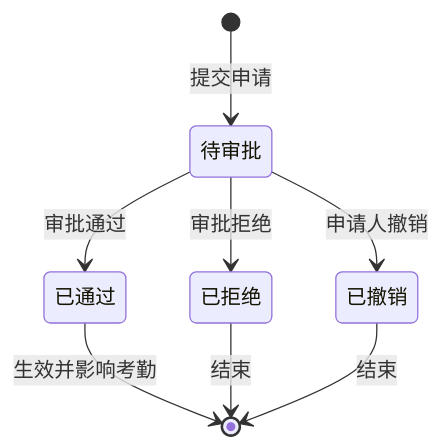
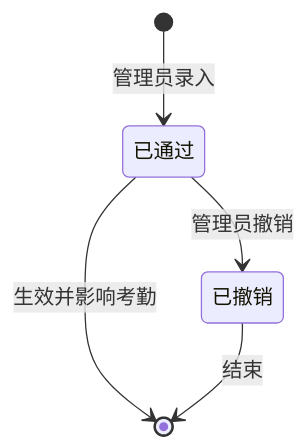
One commit to demo112/atn_server_app_web changed the eighth of 12 diagrams in attendance-system/docs/requirement-analysis.md. Above: the diagram before and after it, drawn with Mermaid. The commit also changed other lines of this file and 3 other files, not shown here.

````diff
--- a/attendance-system/docs/requirement-analysis.md
+++ b/attendance-system/docs/requirement-analysis.md
@@ -285,10 +296,7 @@
 ```mermaid
 stateDiagram-v2
-    [*] --> 待审批: 提交申请
-    待审批 --> 已通过: 审批通过
-    待审批 --> 已拒绝: 审批拒绝
-    待审批 --> 已撤销: 申请人撤销
+    [*] --> 已通过: 管理员录入
     已通过 --> [*]: 生效并影响考勤
-    已拒绝 --> [*]: 结束
+    已通过 --> 已撤销: 管理员撤销
     已撤销 --> [*]: 结束
 ```
````
